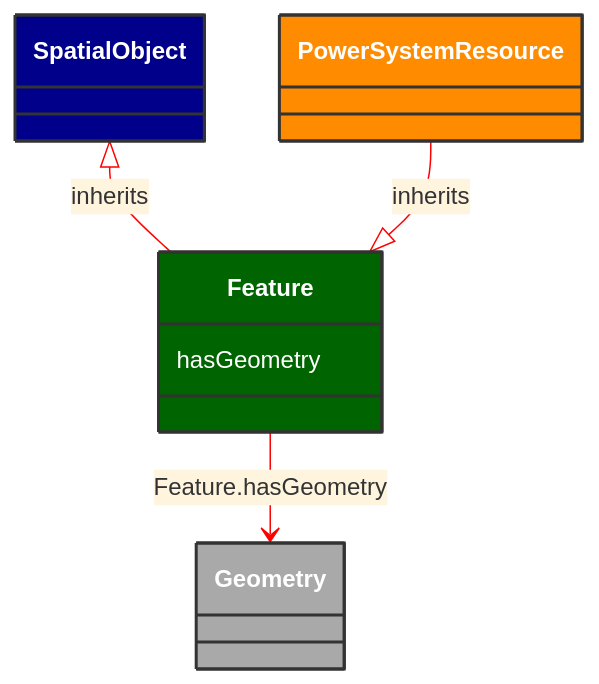
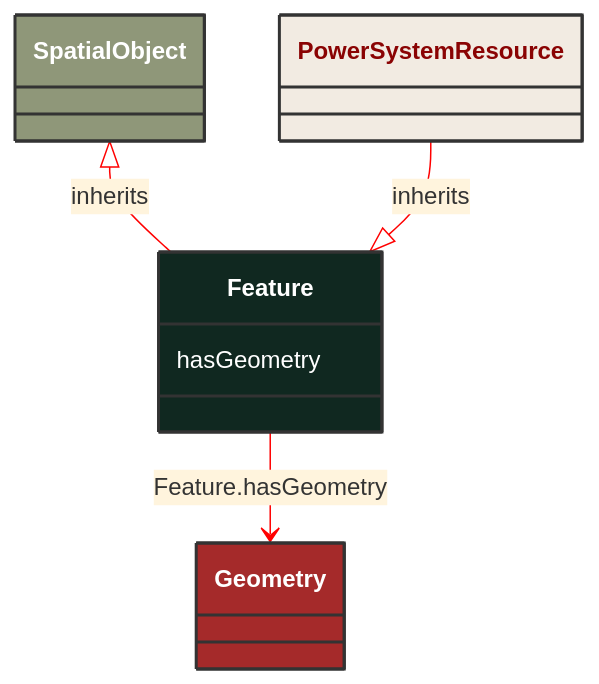
The diagram in docs/Models/Profiles/WattApp/ConcreteClasses/Feature.md (3lbits/NoCIMExtensions), drawn with Mermaid before and after one commit. The commit also changed 190 other files, not shown here.

````diff
--- a/docs/Models/Profiles/WattApp/ConcreteClasses/Feature.md
+++ b/docs/Models/Profiles/WattApp/ConcreteClasses/Feature.md
@@ -8,28 +8,24 @@
 ```mermaid
 %%{init: {'theme':'base','themeVariables': {'lineColor': '#FF0000'}}}%%
 classDiagram
     class Feature
     click Feature href "/Models/Profiles/WattApp/ConcreteClasses/Feature/"
-    style Feature fill:#006400,stroke:#333,stroke-width:2px,rx:10,ry:10,color:white
-
+    style Feature fill:#102820,stroke:#333,stroke-width:2px,rx:10,ry:10,color:white
+     
         SpatialObject <|-- Feature : inherits
             click SpatialObject href "/Models/Profiles/WattApp/ConcreteClasses/SpatialObject/"
-            style SpatialObject fill:#00008B,stroke:#333,stroke-width:2px,rx:10,ry:10,color:white
-
-        Feature
-            click Feature href "/Models/Profiles/WattApp/ConcreteClasses/Feature/"
-            style SpatialObject fill:#00008B,stroke:#333,stroke-width:2px,rx:10,ry:10,color:white
+            style SpatialObject fill:#8F9779,stroke:#333,stroke-width:2px,rx:10,ry:10,color:white
 
         PowerSystemResource --|> Feature : inherits
             click PowerSystemResource href "/Models/Profiles/WattApp/AbstractClasses/PowerSystemResource/"
-            style PowerSystemResource fill:#FF8C00,stroke:#333,stroke-width:2px,rx:10,ry:10,color:white
+            style PowerSystemResource fill:#F2EBE2,stroke:#333,stroke-width:2px,rx:10,ry:10,color:#8A0303
 
         Feature --> Geometry : Feature.hasGeometry
 
         Geometry
             click Geometry href "/Models/Profiles/WattApp/ConcreteClasses/Geometry/"
-            style Geometry fill:#A9A9A9,stroke:#333,stroke-width:2px,rx:10,ry:10,color:white
+            style Geometry fill:#A52A2A,stroke:#333,stroke-width:2px,rx:10,ry:10,color:white
 
 
         Feature : hasGeometry
 ```
````
